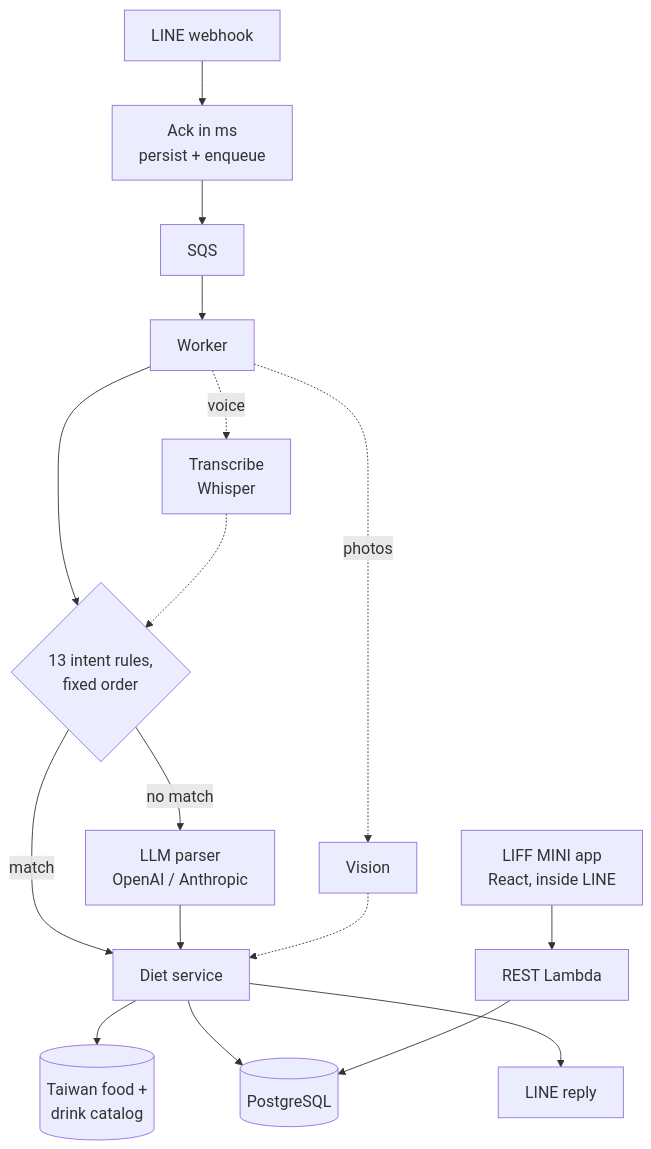
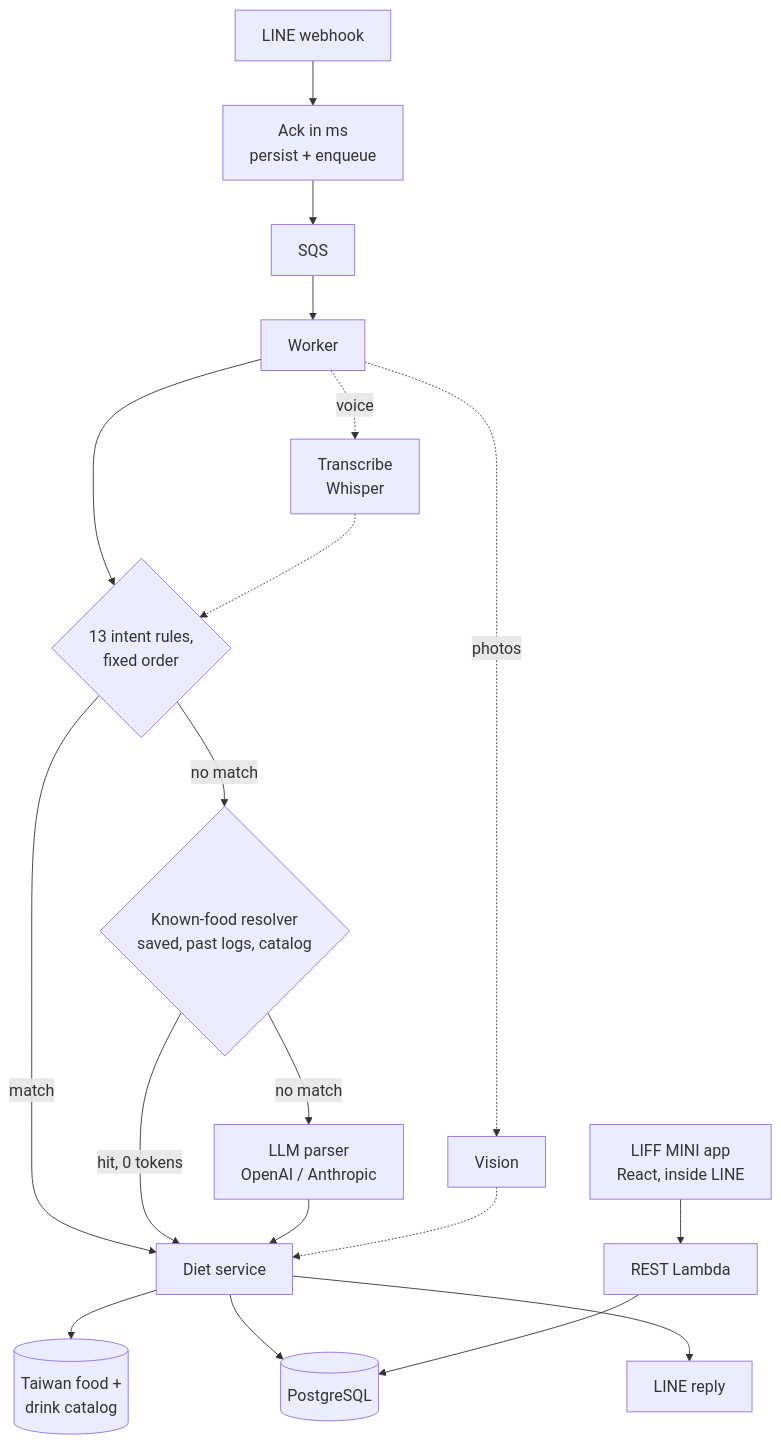
One commit to jeffery12697/fitneko-case-study changed the diagram in README.md. Above: the diagram before and after it, drawn with Mermaid. The commit also changed other lines of this file and 3 other files, not shown here.

Commit message:
Devlog + deep dive: known-food passthrough (zero-token fast path)

````diff
--- a/README.md
+++ b/README.md
@@ -29,14 +30,16 @@
 ```mermaid
 %%{init: {"themeVariables": {"fontSize": "18px"}}}%%
 flowchart TD
     LINE[LINE webhook] --> WH[Ack in ms<br/>persist + enqueue] --> Q[SQS] --> W[Worker]
     W --> RP{13 intent rules,<br/>fixed order}
     RP -->|match| SVC[Diet service]
-    RP -->|no match| LLM[LLM parser<br/>OpenAI / Anthropic] --> SVC
+    RP -->|no match| KF{Known-food resolver<br/>saved, past logs, catalog}
+    KF -->|hit, 0 tokens| SVC
+    KF -->|no match| LLM[LLM parser<br/>OpenAI / Anthropic] --> SVC
     W -.->|photos| VIS[Vision] -.-> SVC
     W -.->|voice| STT[Transcribe<br/>Whisper] -.-> RP
     SVC --> CAT[(Taiwan food +<br/>drink catalog)]
     SVC --> PG[(PostgreSQL)]
     SVC --> REPLY[LINE reply]
     LIFF[LIFF MINI app<br/>React, inside LINE] --> API[REST Lambda] --> PG
 ```
````
